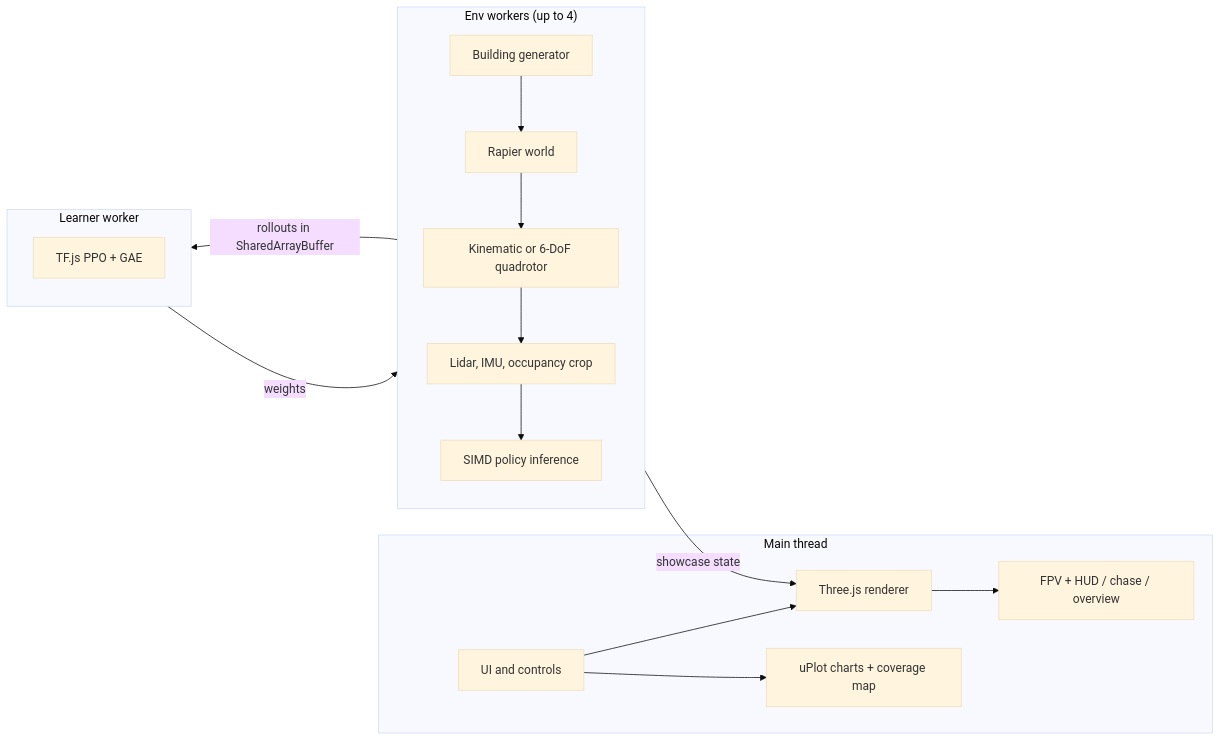
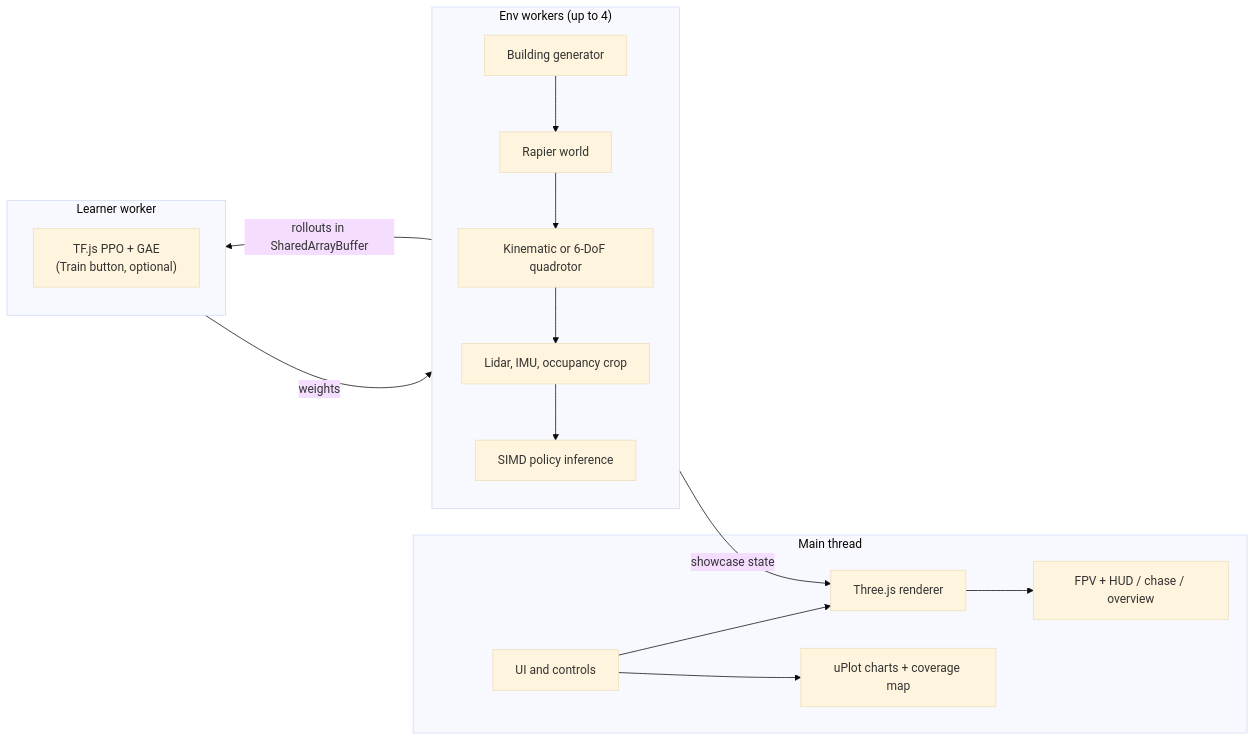
The first of 2 diagrams in docs/ARCHITECTURE.md (alexnieves-cs/frontier-fly), drawn with Mermaid (base theme) before and after one commit. The commit also changed other lines of this file and 56 other files, not shown here.

````diff
--- a/docs/ARCHITECTURE.md
+++ b/docs/ARCHITECTURE.md
@@ -11,20 +11,20 @@
 ```mermaid
 flowchart LR
   subgraph Main["Main thread"]
     UI["UI and controls"] --> Viz["Three.js renderer"]
     Viz --> Cams["FPV + HUD / chase / overview"]
     UI --> Charts["uPlot charts + coverage map"]
   end
   subgraph EnvW["Env workers (up to 4)"]
     Gen["Building generator"] --> Phys["Rapier world"]
     Phys --> Dyn["Kinematic or 6-DoF quadrotor"]
     Dyn --> Sens["Lidar, IMU, occupancy crop"]
     Sens --> Pol["SIMD policy inference"]
   end
   subgraph LearnW["Learner worker"]
-    PPO["TF.js PPO + GAE"]
+    PPO["TF.js PPO + GAE<br/>(Train button, optional)"]
   end
   EnvW -- "rollouts in SharedArrayBuffer" --> LearnW
   LearnW -- "weights" --> EnvW
   EnvW -- "showcase state" --> Viz
 ```
````
